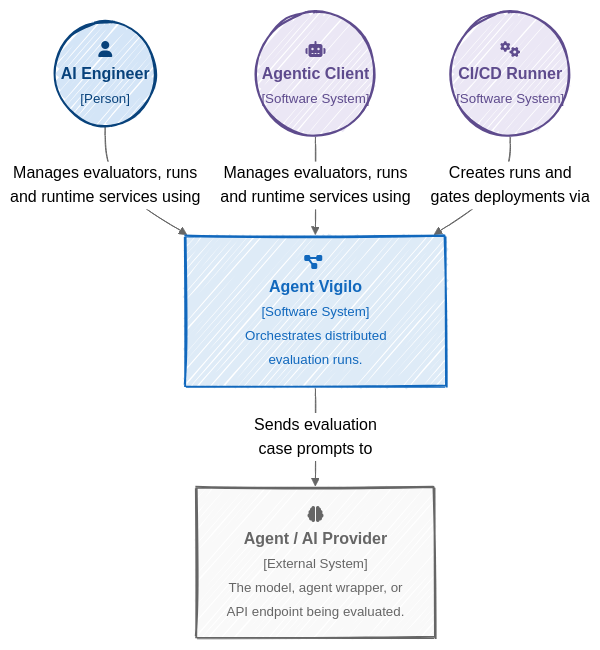
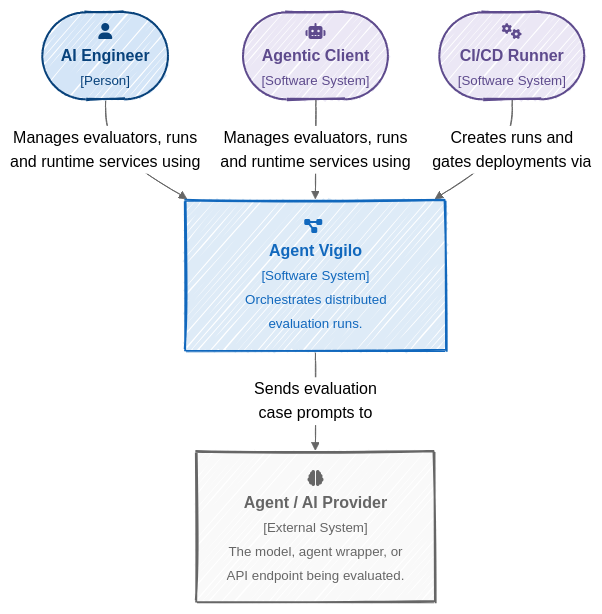
The diagram in web/docs/architecture/structure/context/diagram.mmd (gregl83/agent-vigilo), drawn with Mermaid before and after one commit. The commit also changed 13 other files, not shown here.

Commit message:
add context and containers diagrams

```diff
--- a/web/docs/architecture/structure/context/diagram.mmd
+++ b/web/docs/architecture/structure/context/diagram.mmd
@@ -1,27 +1,27 @@
 ---
 config:
   theme: neutral
   look: handDrawn
 ---
 flowchart TD
     %% styles
     classDef actor fill:#ebe7f5,color:#5e4b8d,stroke:#5e4b8d,stroke-width:2px
     classDef person fill:#d4e5f7,color:#08427b,stroke:#08427b,stroke-width:2px
     classDef system fill:#deebf7,color:#1168bd,stroke:#1168bd,stroke-width:2px
     classDef external fill:#f9f9f9,color:#666,stroke:#666,stroke-width:2px
 
     %% actors
-    User(("fa:fa-user <br/> <b>AI Engineer</b> <br/> <small>[Person]</small>")):::person
-    AgentClient(("fa:fa-robot <br/> <b>Agentic Client</b> <br/> <small>[Software System]</small>")):::actor
-    CICD(("fa:fa-gears <br/> <b>CI/CD Runner</b> <br/> <small>[Software System]</small>")):::actor
+    User(["fa:fa-user <br/> <b>AI Engineer</b> <br/> <small>[Person]</small>"]):::person
+    AgentClient(["fa:fa-robot <br/> <b>Agentic Client</b> <br/> <small>[Software System]</small>"]):::actor
+    CICD(["fa:fa-gears <br/> <b>CI/CD Runner</b> <br/> <small>[Software System]</small>"]):::actor
 
     %% main system
     AgentVigilo["fa:fa-diagram-project <br/> <b>Agent Vigilo</b> <br/> <small>[Software System]</small> <br/> <small>Orchestrates distributed evaluation runs.</small>"]:::system
 
     %% external target
     TargetAgent["fa:fa-brain <br/> <b>Agent / AI Provider</b> <br/> <small>[External System]</small> <br/> <small>The model, agent wrapper, or <br/> API endpoint being evaluated.</small>"]:::external
 
     %% edges
     User & AgentClient -->|"Manages evaluators, runs <br/> and runtime services using"| AgentVigilo
     CICD -->|Creates runs and <br/> gates deployments via| AgentVigilo
     AgentVigilo -->|Sends evaluation <br/> case prompts to| TargetAgent
```
